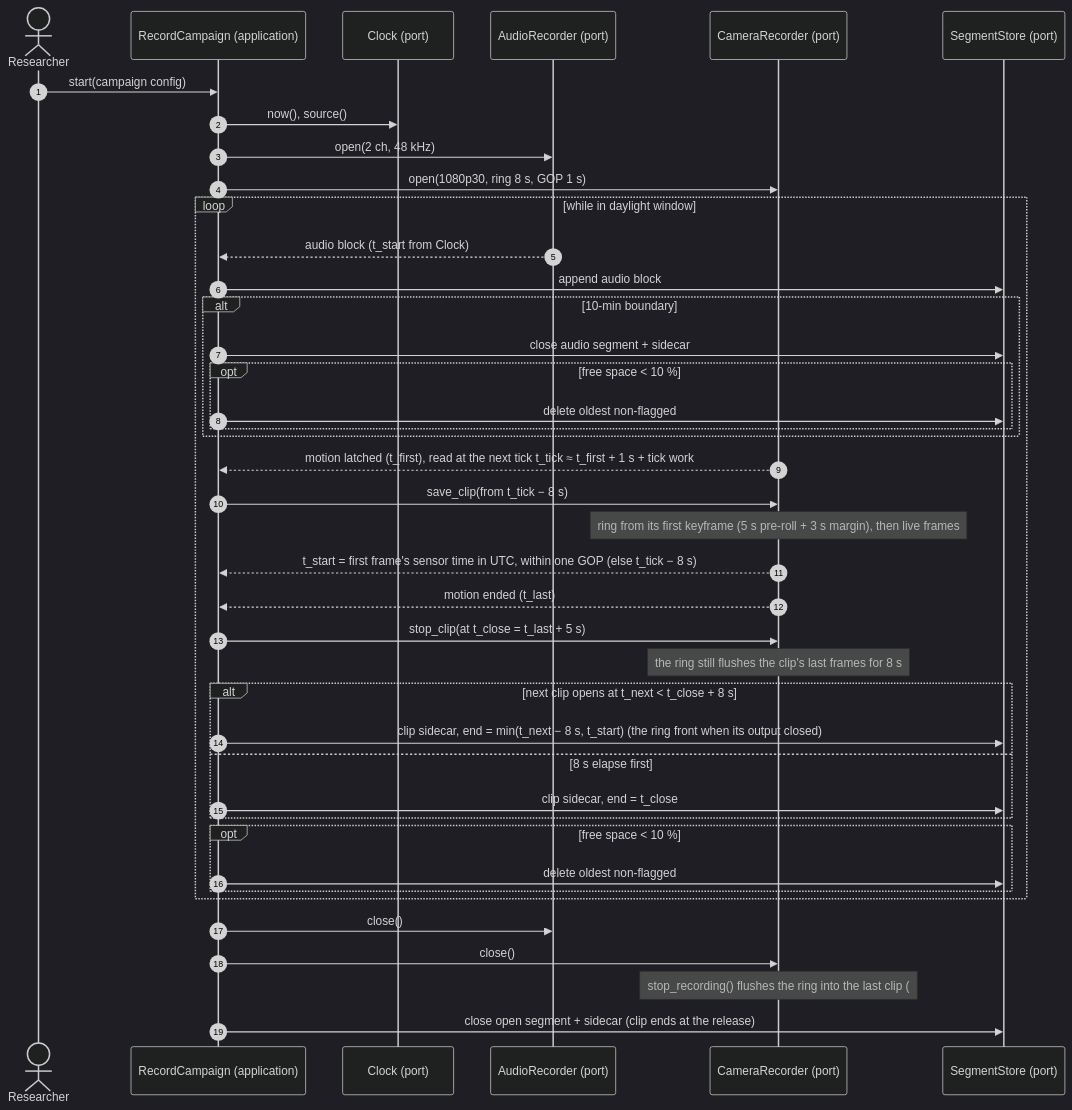
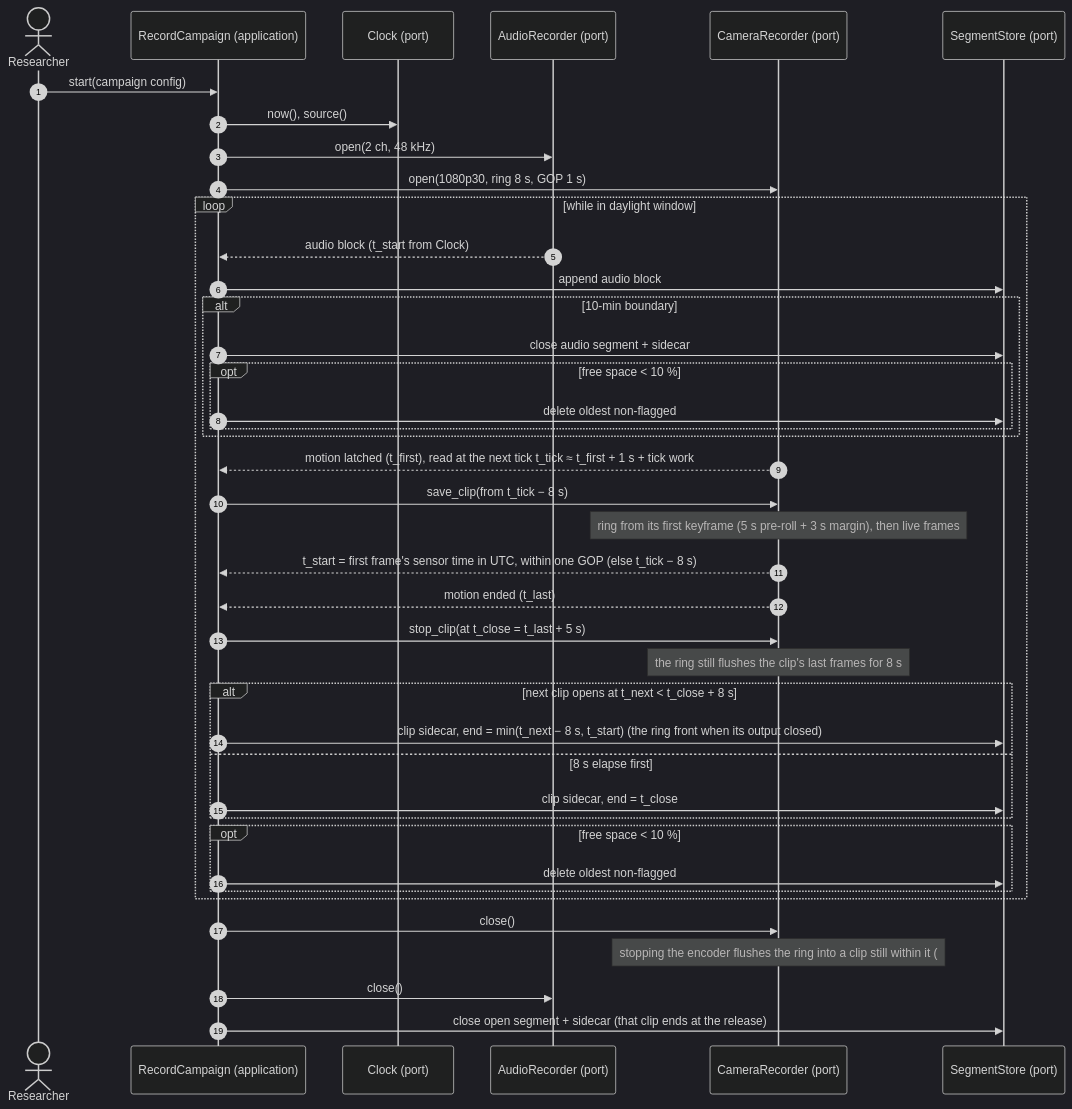
The diagram in docs/architecture/diagrams/capture-rig/02-sequence-recording.md (benoit-bremaud/aristech), drawn with Mermaid (dark theme) before and after one commit. The commit also changed other lines of this file and 7 other files, not shown here.

Commit message:
fix(capture): keep a clip's end once its output closed; release encoder first

````diff
--- a/docs/architecture/diagrams/capture-rig/02-sequence-recording.md
+++ b/docs/architecture/diagrams/capture-rig/02-sequence-recording.md
@@ -15,44 +15,44 @@
 ```mermaid
 sequenceDiagram
     autonumber
     actor R as Researcher
     participant UC as RecordCampaign (application)
     participant CK as Clock (port)
     participant AU as AudioRecorder (port)
     participant CA as CameraRecorder (port)
     participant ST as SegmentStore (port)
 
     R->>UC: start(campaign config)
     UC->>CK: now(), source()
     UC->>AU: open(2 ch, 48 kHz)
     UC->>CA: open(1080p30, ring 8 s, GOP 1 s)
     loop while in daylight window
         AU-->>UC: audio block (t_start from Clock)
         UC->>ST: append audio block
         alt 10-min boundary
             UC->>ST: close audio segment + sidecar
             opt free space < 10 %
                 UC->>ST: delete oldest non-flagged
             end
         end
         CA-->>UC: motion latched (t_first), read at the next tick t_tick ≈ t_first + 1 s + tick work
         UC->>CA: save_clip(from t_tick − 8 s)
         Note over CA: ring from its first keyframe (5 s pre-roll + 3 s margin), then live frames
         CA-->>UC: t_start = first frame's sensor time in UTC, within one GOP (else t_tick − 8 s)
         CA-->>UC: motion ended (t_last)
         UC->>CA: stop_clip(at t_close = t_last + 5 s)
         Note over CA: the ring still flushes the clip's last frames for 8 s
         alt next clip opens at t_next < t_close + 8 s
             UC->>ST: clip sidecar, end = min(t_next − 8 s, t_start) (the ring front when its output closed)
         else 8 s elapse first
             UC->>ST: clip sidecar, end = t_close
         end
         opt free space < 10 %
             UC->>ST: delete oldest non-flagged
         end
     end
+    UC->>CA: close()
+    Note over CA: stopping the encoder flushes the ring into a clip still within it (#180)
     UC->>AU: close()
-    UC->>CA: close()
-    Note over CA: stop_recording() flushes the ring into the last clip (#180)
-    UC->>ST: close open segment + sidecar (clip ends at the release)
+    UC->>ST: close open segment + sidecar (that clip ends at the release)
 ```
````
